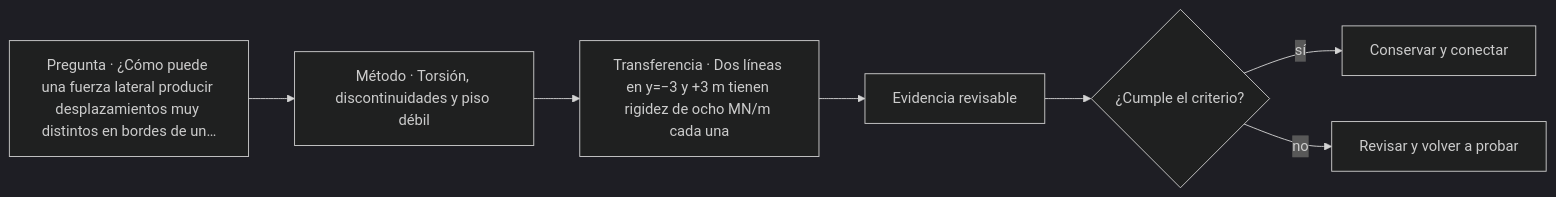
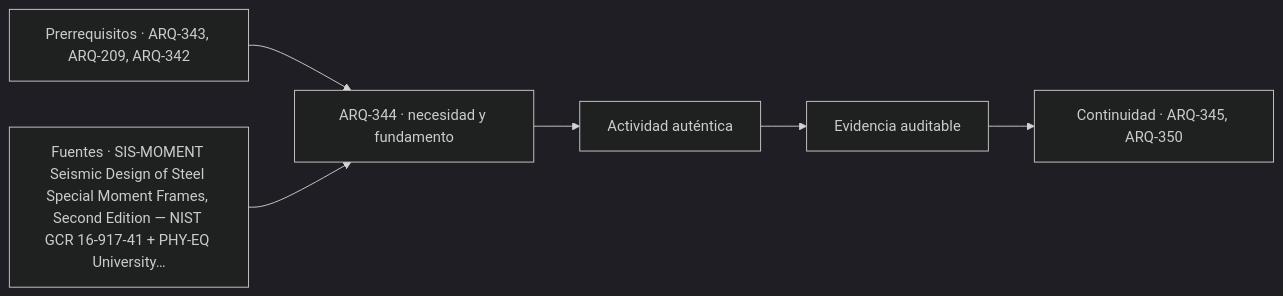
The diagram in classes/parte-35/ARQ-344.md (vladimiracunadev-create/architecture-built-environment-learning-program), drawn with Mermaid (dark theme) before and after one commit. The commit also changed other lines of this file and 761 other files, not shown here.

````diff
--- a/classes/parte-35/ARQ-344.md
+++ b/classes/parte-35/ARQ-344.md
@@ -115,9 +127,8 @@
 ```mermaid
 flowchart LR
-    Q["Pregunta · ¿Cómo puede una fuerza lateral producir desplazamientos muy distintos en bordes de un…"] --> M["Método · Torsión, discontinuidades y piso débil"]
-    M --> P["Transferencia · Dos líneas en y=−3 y +3 m tienen rigidez de ocho MN/m cada una"]
-    P --> E["Evidencia revisable"]
-    E --> C{"¿Cumple el criterio?"}
-    C -->|sí| T["Conservar y conectar"]
-    C -->|no| R["Revisar y volver a probar"]
+    A["Prerrequisitos · ARQ-343, ARQ-209, ARQ-342"] --> B["ARQ-344 · necesidad y fundamento"]
+    S["Fuentes · SIS-MOMENT Seismic Design of Steel Special Moment Frames, Second Edition — NIST GCR 16-917-41 + PHY-EQ University…"] --> B
+    B --> C["Actividad auténtica"]
+    C --> D["Evidencia auditable"]
+    D --> E["Continuidad · ARQ-345, ARQ-350"]
 ```
````
